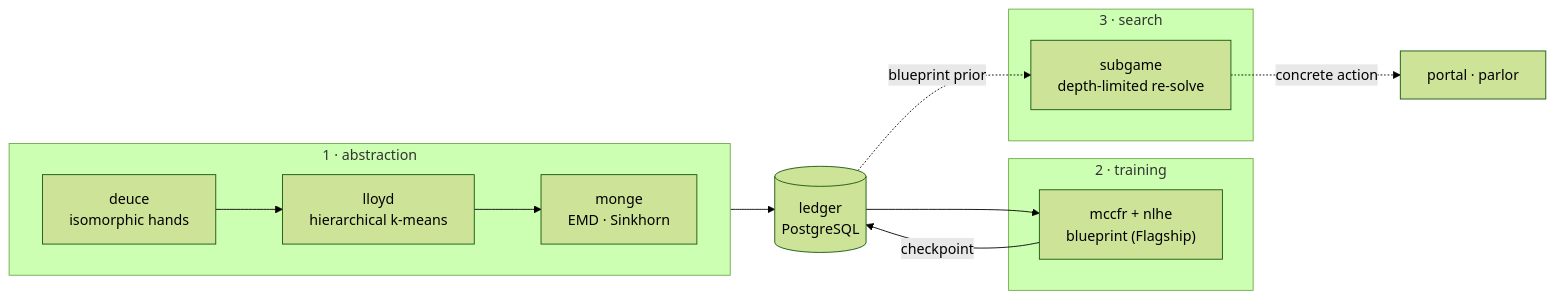
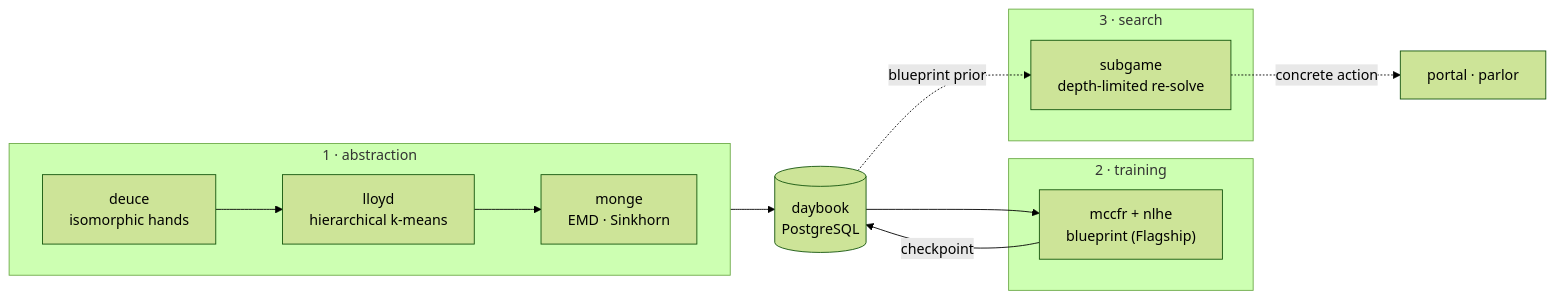
The third of 3 diagrams in README.md (krukah/robopoker), drawn with Mermaid (forest theme) before and after one commit. The commit also changed other lines of this file and 64 other files, not shown here.

First line of the commit message:
refactor: rename ledger crate -> daybook

````diff
--- a/README.md
+++ b/README.md
@@ -204,19 +204,19 @@
 ```mermaid
 flowchart LR
   subgraph S1["1 · abstraction"]
     direction LR
     A["deuce<br/>isomorphic hands"] --> B["lloyd<br/>hierarchical k-means"]
     B --> C["monge<br/>EMD · Sinkhorn"]
   end
   subgraph S2["2 · training"]
     D["mccfr + nlhe<br/>blueprint (Flagship)"]
   end
   subgraph S3["3 · search"]
     F["subgame<br/>depth-limited re-solve"]
   end
-  C --> DB[("ledger<br/>PostgreSQL")]
+  C --> DB[("daybook<br/>PostgreSQL")]
   DB --> D
   D -->|checkpoint| DB
   DB -.->|blueprint prior| F
   F -.->|concrete action| G["portal · parlor"]
 ```
````
